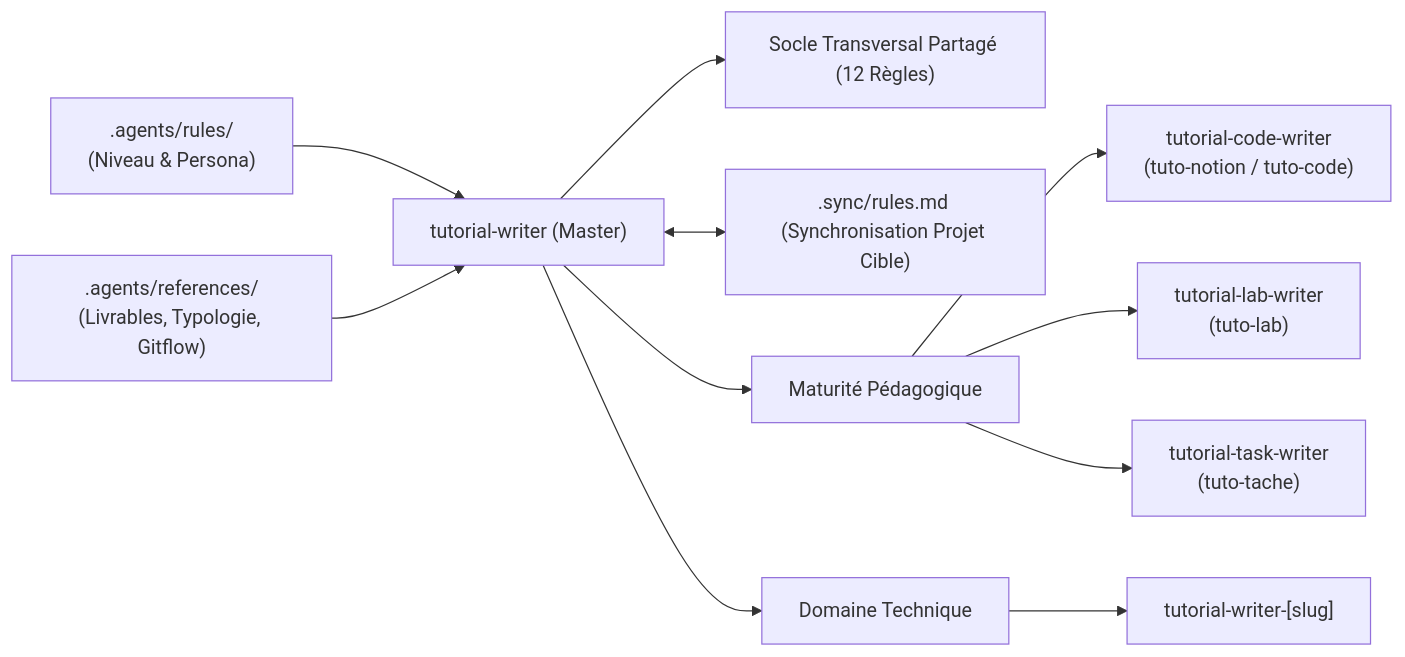
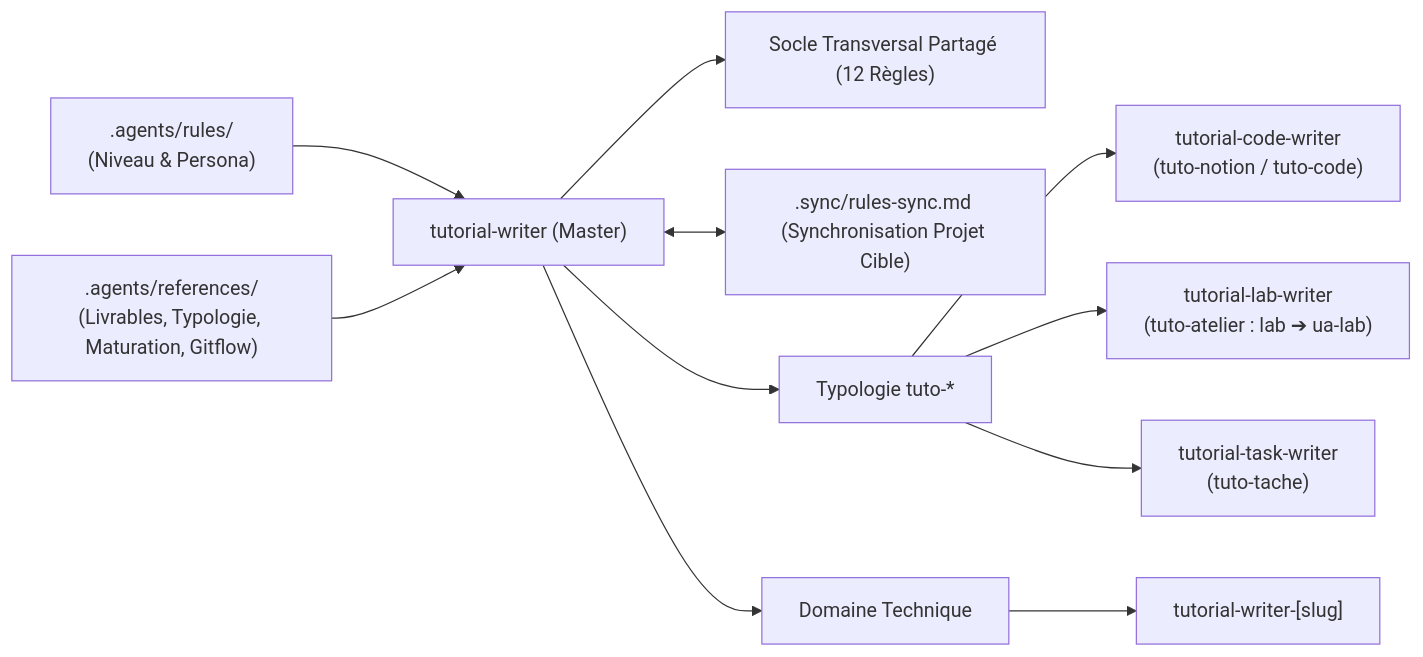
The diagram in .agents/skills/tutorial-writer/SKILL.md (solicode-web-mobile/autoformations-professionaliser), drawn with Mermaid before and after one commit. The commit also changed other lines of this file and 78 other files, not shown here.

````diff
--- a/.agents/skills/tutorial-writer/SKILL.md
+++ b/.agents/skills/tutorial-writer/SKILL.md
@@ -10,13 +10,13 @@
 ```mermaid
 flowchart LR
     Rules[".agents/rules/<br/>(Niveau & Persona)"] --> Master["tutorial-writer (Master)"]
-    Refs[".agents/references/<br/>(Livrables, Typologie, Gitflow)"] --> Master
+    Refs[".agents/references/<br/>(Livrables, Typologie, Maturation, Gitflow)"] --> Master
     Master --> RulesShared["Socle Transversal Partagé (12 Règles)"]
-    Master <--> Sync[".sync/rules.md (Synchronisation Projet Cible)"]
-    Master --> Format["Maturité Pédagogique"]
+    Master <--> Sync[".sync/rules-sync.md (Synchronisation Projet Cible)"]
+    Master --> Format["Typologie tuto-*"]
     Format --> Code["tutorial-code-writer<br/>(tuto-notion / tuto-code)"]
-    Format --> Lab["tutorial-lab-writer<br/>(tuto-lab)"]
+    Format --> Lab["tutorial-lab-writer<br/>(tuto-atelier : lab ➔ ua-lab)"]
     Format --> Task["tutorial-task-writer<br/>(tuto-tache)"]
     Master --> Domain["Domaine Technique"]
     Domain --> TDomain["tutorial-writer-[slug]"]
 ```
````
